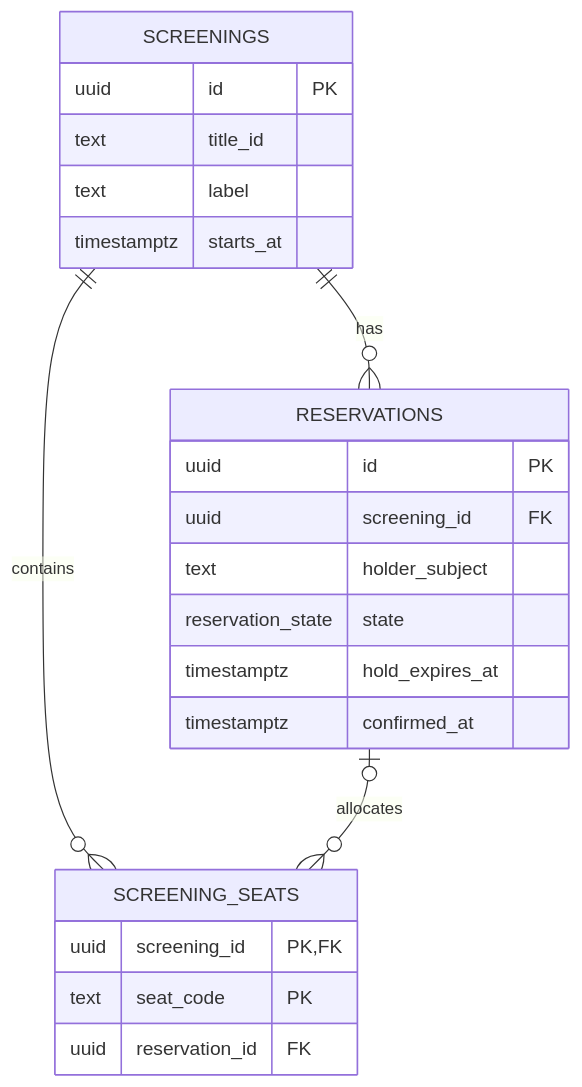
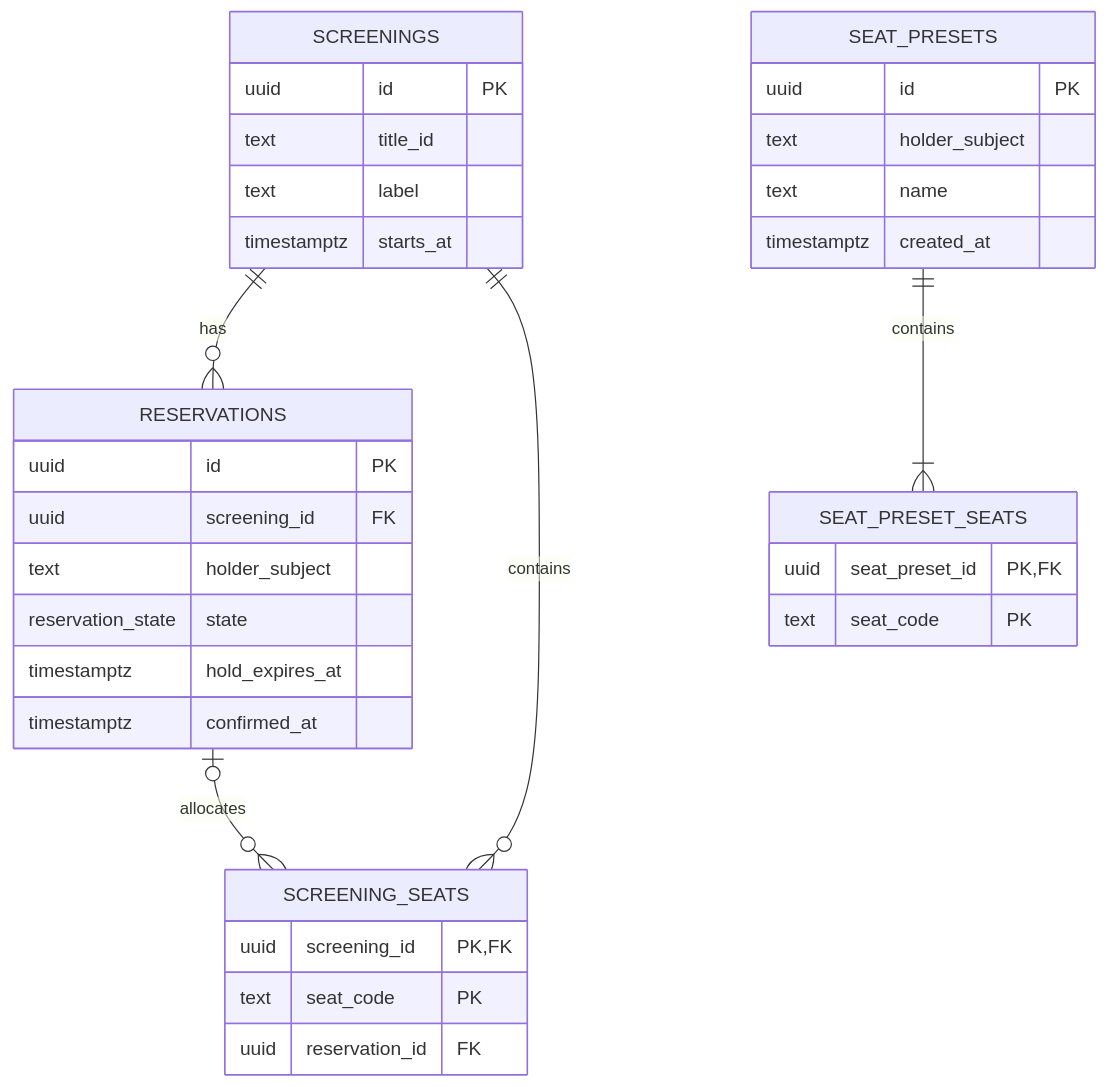
One commit to gryphon2411/kino changed the diagram in services/fastify/ticket_service/README.md. Above: the diagram before and after it, drawn with Mermaid. The commit also changed other lines of this file and 31 other files, not shown here.

````diff
--- a/services/fastify/ticket_service/README.md
+++ b/services/fastify/ticket_service/README.md
@@ -22,28 +23,41 @@
 ```mermaid
 erDiagram
     SCREENINGS ||--o{ RESERVATIONS : "has"
     SCREENINGS ||--o{ SCREENING_SEATS : "contains"
     RESERVATIONS o|--o{ SCREENING_SEATS : "allocates"
+    SEAT_PRESETS ||--|{ SEAT_PRESET_SEATS : "contains"
 
     SCREENINGS {
         uuid id PK
         text title_id
         text label
         timestamptz starts_at
     }
 
     RESERVATIONS {
         uuid id PK
         uuid screening_id FK
         text holder_subject
         reservation_state state
         timestamptz hold_expires_at
         timestamptz confirmed_at
     }
 
     SCREENING_SEATS {
         uuid screening_id PK, FK
         text seat_code PK
         uuid reservation_id FK
     }
+
+    SEAT_PRESETS {
+        uuid id PK
+        text holder_subject
+        text name
+        timestamptz created_at
+    }
+
+    SEAT_PRESET_SEATS {
+        uuid seat_preset_id PK, FK
+        text seat_code PK
+    }
 ```
````
